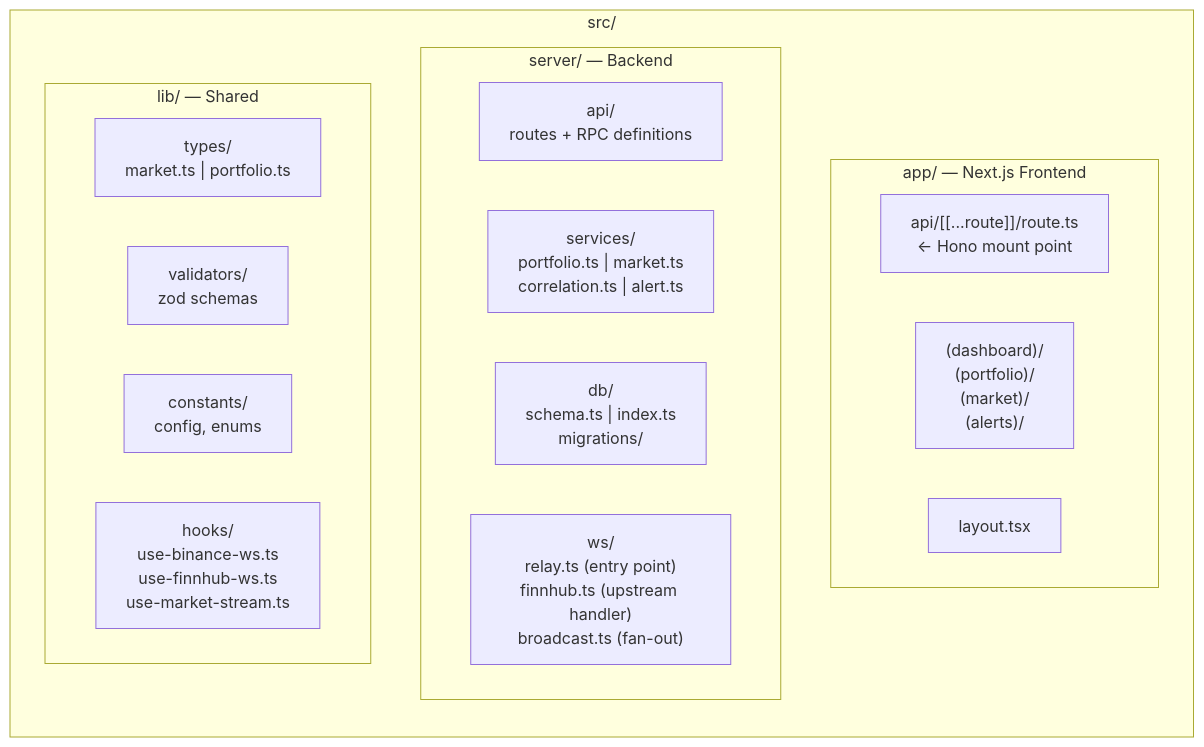
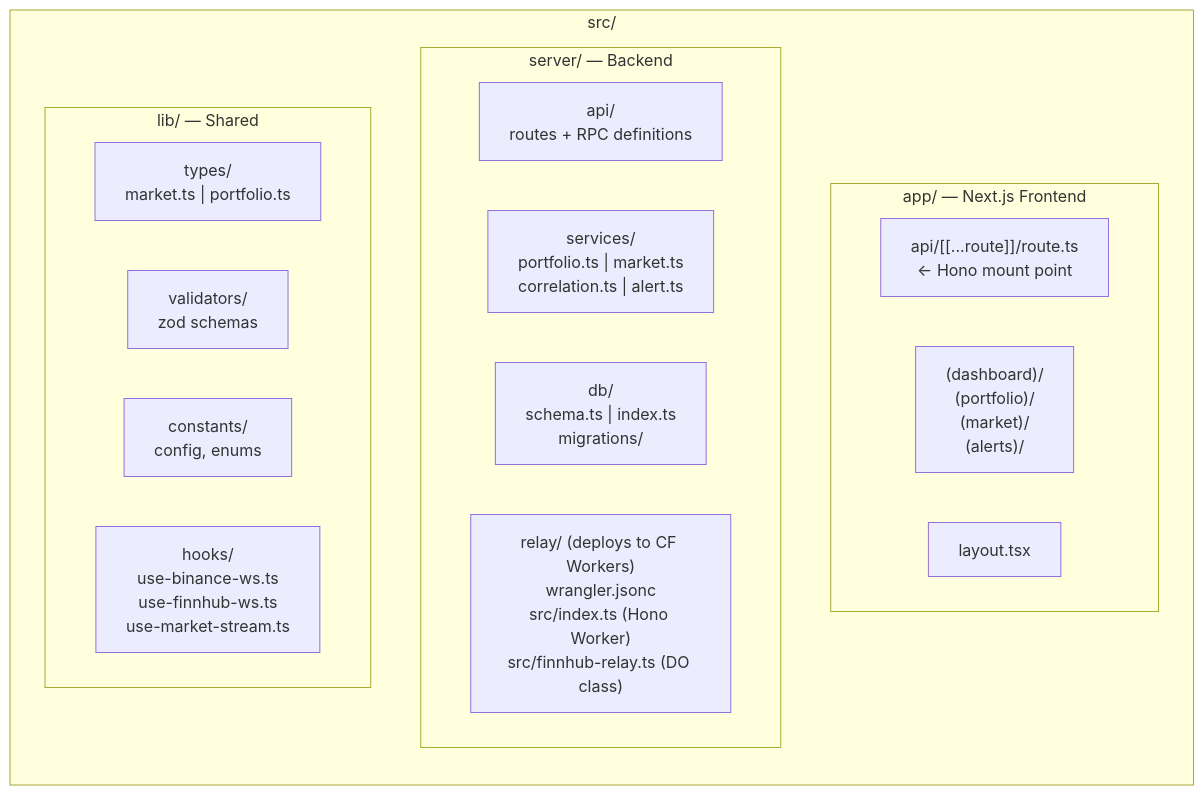
Before and after one commit to patrickmvla/owl: the second of 14 diagrams in docs/adrs/002-system-architecture.md, drawn with Mermaid. The commit also changed other lines of this file and 1 other file, not shown here.

First line of the commit message:
docs: select Cloudflare Durable Objects for Finnhub relay

````diff
--- a/docs/adrs/002-system-architecture.md
+++ b/docs/adrs/002-system-architecture.md
@@ -119,24 +121,24 @@
 ```mermaid
 graph LR
     subgraph Root["src/"]
         subgraph App["app/ — Next.js Frontend"]
             API["api/[[...route]]/route.ts<br/>← Hono mount point"]
             PAGES["(dashboard)/<br/>(portfolio)/<br/>(market)/<br/>(alerts)/"]
             LAYOUT["layout.tsx"]
         end
 
         subgraph Server["server/ — Backend"]
             SAPI["api/<br/>routes + RPC definitions"]
             SVC["services/<br/>portfolio.ts | market.ts<br/>correlation.ts | alert.ts"]
             DB["db/<br/>schema.ts | index.ts<br/>migrations/"]
-            WS["ws/<br/>relay.ts (entry point)<br/>finnhub.ts (upstream handler)<br/>broadcast.ts (fan-out)"]
+            WS["relay/ (deploys to CF Workers)<br/>wrangler.jsonc<br/>src/index.ts (Hono Worker)<br/>src/finnhub-relay.ts (DO class)"]
         end
 
         subgraph Lib["lib/ — Shared"]
             TYPES["types/<br/>market.ts | portfolio.ts"]
             VALID["validators/<br/>zod schemas"]
             CONST["constants/<br/>config, enums"]
             WSHOOKS["hooks/<br/>use-binance-ws.ts<br/>use-finnhub-ws.ts<br/>use-market-stream.ts"]
         end
     end
 ```
````
